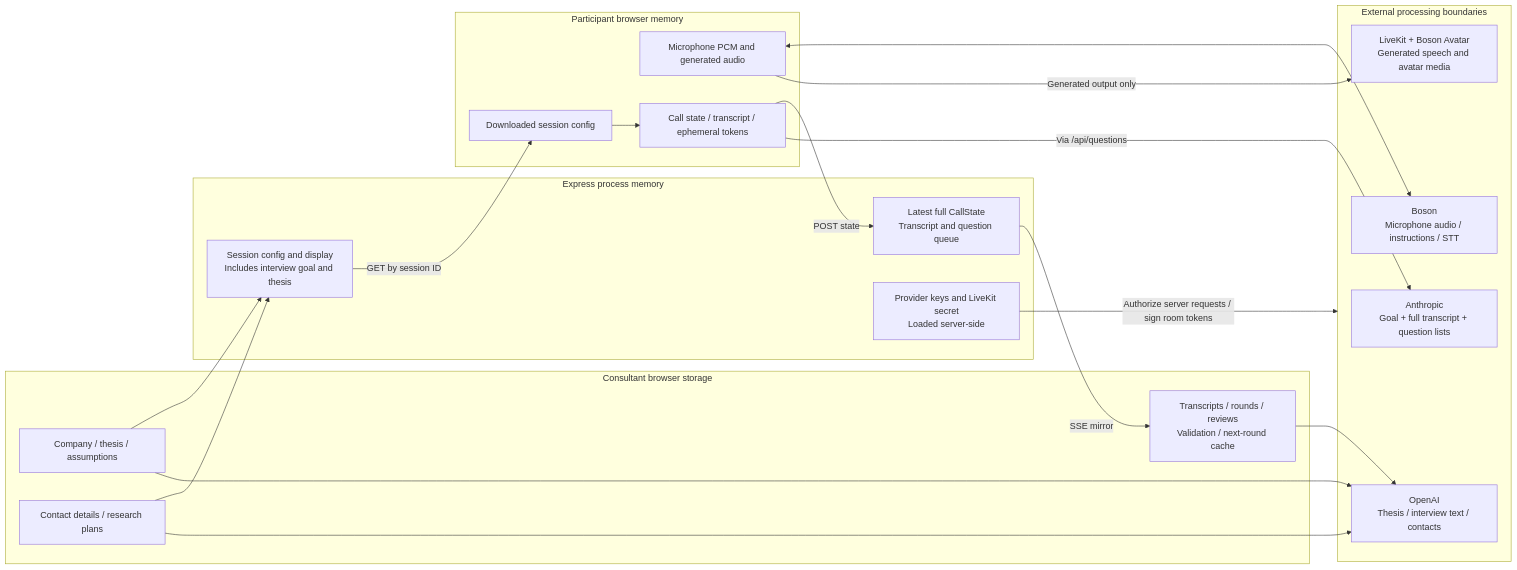
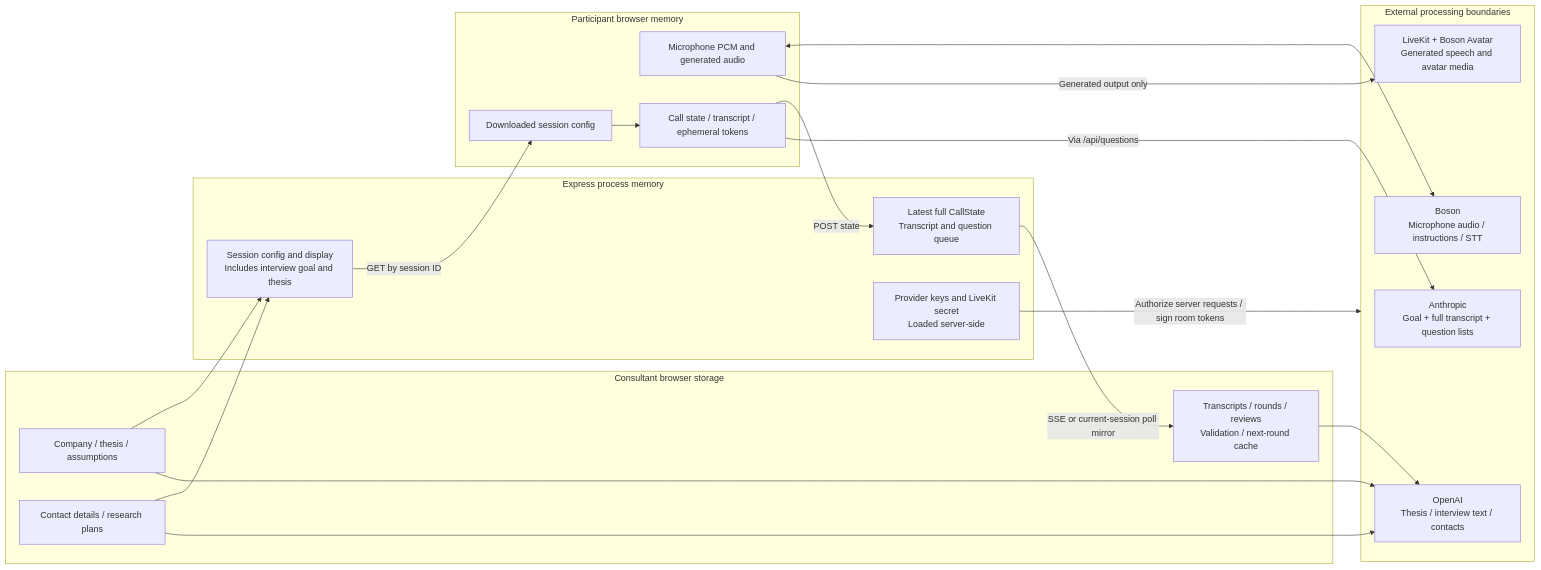
The diagram in docs/architecture/diagrams/08-data-ownership.mmd (OliviaY1/boson-ai-hack-human), drawn with Mermaid before and after one commit. The commit also changed 13 other files, not shown here.

Commit message:
docs: recheck latest architecture and record validation race

```diff
--- a/docs/architecture/diagrams/08-data-ownership.mmd
+++ b/docs/architecture/diagrams/08-data-ownership.mmd
@@ -1,35 +1,35 @@
 flowchart LR
   subgraph consultant["Consultant browser storage"]
     thesis["Company / thesis / assumptions"]
     contacts["Contact details / research plans"]
     records["Transcripts / rounds / reviews<br/>Validation / next-round cache"]
   end
   subgraph api["Express process memory"]
     config["Session config and display<br/>Includes interview goal and thesis"]
     state["Latest full CallState<br/>Transcript and question queue"]
     secrets["Provider keys and LiveKit secret<br/>Loaded server-side"]
   end
   subgraph participant["Participant browser memory"]
     fullconfig["Downloaded session config"]
     pcm["Microphone PCM and generated audio"]
     runtime["Call state / transcript / ephemeral tokens"]
   end
   subgraph external["External processing boundaries"]
     higgs["Boson<br/>Microphone audio / instructions / STT"]
     anthropic["Anthropic<br/>Goal + full transcript + question lists"]
     openai["OpenAI<br/>Thesis / interview text / contacts"]
     livekit["LiveKit + Boson Avatar<br/>Generated speech and avatar media"]
   end
   thesis --> config
   contacts --> config
   config -->|"GET by session ID"| fullconfig
   fullconfig --> runtime
   pcm <--> higgs
   runtime -->|"POST state"| state
-  state -->|"SSE mirror"| records
+  state -->|"SSE or current-session poll mirror"| records
   thesis --> openai
   contacts --> openai
   records --> openai
   runtime -->|"Via /api/questions"| anthropic
   pcm -->|"Generated output only"| livekit
   secrets -->|"Authorize server requests / sign room tokens"| external
```
